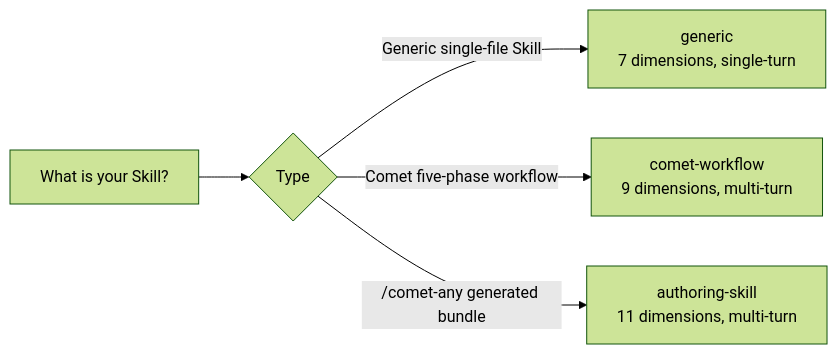
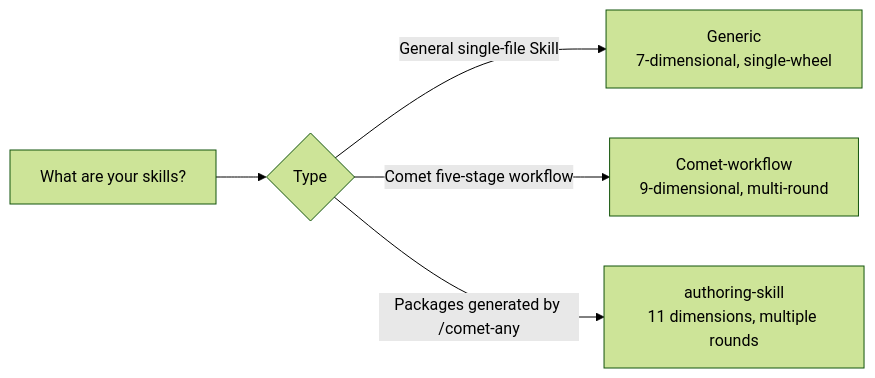
The second of 3 diagrams in en/eval/configuration.mdx (rpamis/comet-website-docs), drawn with Mermaid (forest theme) before and after one commit. The commit also changed other lines of this file and 158 other files, not shown here.

````diff
--- a/en/eval/configuration.mdx
+++ b/en/eval/configuration.mdx
@@ -265,7 +269,7 @@
 ```mermaid
 flowchart LR
-    Q["What is your Skill?"] --> Q1{"Type"}
-    Q1 -->|"Generic single-file Skill"| G["generic<br/>7 dimensions, single-turn"]
-    Q1 -->|"Comet five-phase workflow"| CW["comet-workflow<br/>9 dimensions, multi-turn"]
-    Q1 -->|"/comet-any generated bundle"| AS["authoring-skill<br/>11 dimensions, multi-turn"]
+    Q["What are your skills?"] --> Q1{"Type"}
+    Q1 -->|"General single-file Skill"| G["Generic<br/> 7-dimensional, single-wheel"]
+    Q1 -->|"Comet five-stage workflow"| CW["Comet-workflow <br/> 9-dimensional, multi-round"]
+    Q1 -->|"Packages generated by /comet-any"| AS["authoring-skill<br/>11 dimensions, multiple rounds"]
 ```
````
